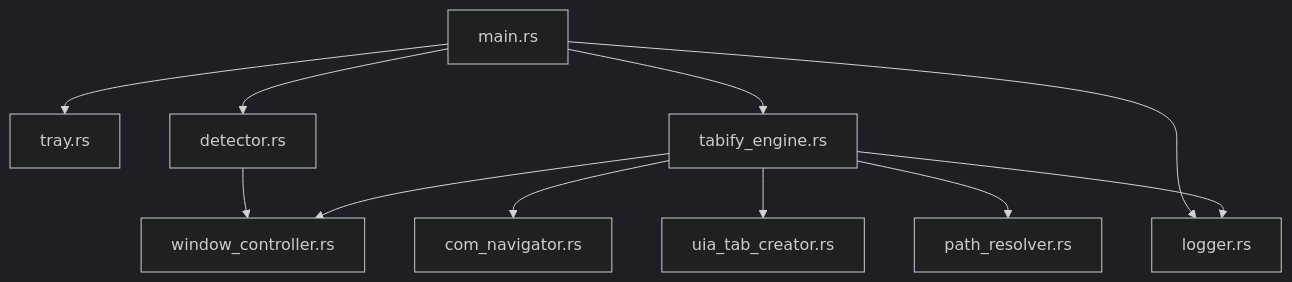
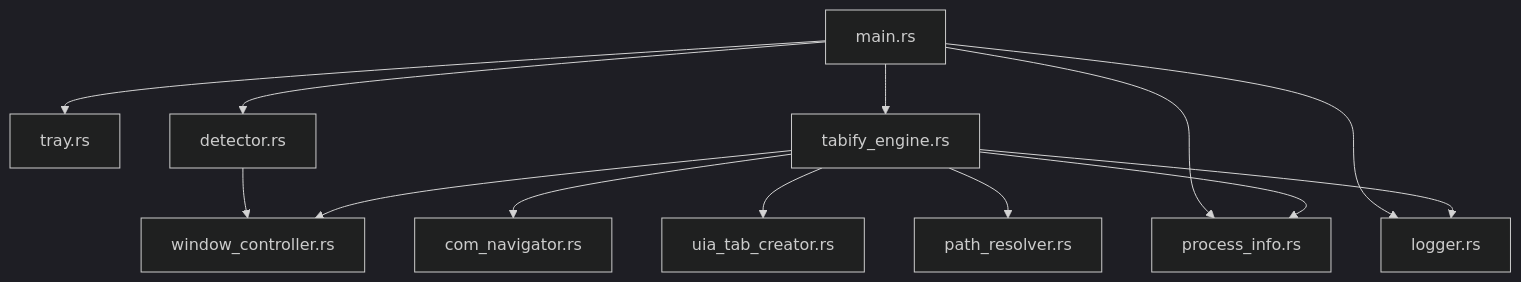
One commit to cwatanab/TabifyExplorer changed the diagram in README.md. Above: the diagram before and after it, drawn with Mermaid (dark theme). The commit also changed other lines of this file and 1 other file, not shown here.

````diff
--- a/README.md
+++ b/README.md
@@ -35,13 +35,15 @@
 ```mermaid
 graph TD
     Main[main.rs] --> Tray[tray.rs]
     Main --> Engine[tabify_engine.rs]
     Main --> Detector[detector.rs]
+    Main --> ProcessInfo[process_info.rs]
     Detector --> Window[window_controller.rs]
     Engine --> Window
     Engine --> COM[com_navigator.rs]
     Engine --> UIA[uia_tab_creator.rs]
     Engine --> Path[path_resolver.rs]
+    Engine --> ProcessInfo
     Main --> Logger[logger.rs]
     Engine --> Logger
 ```
````
